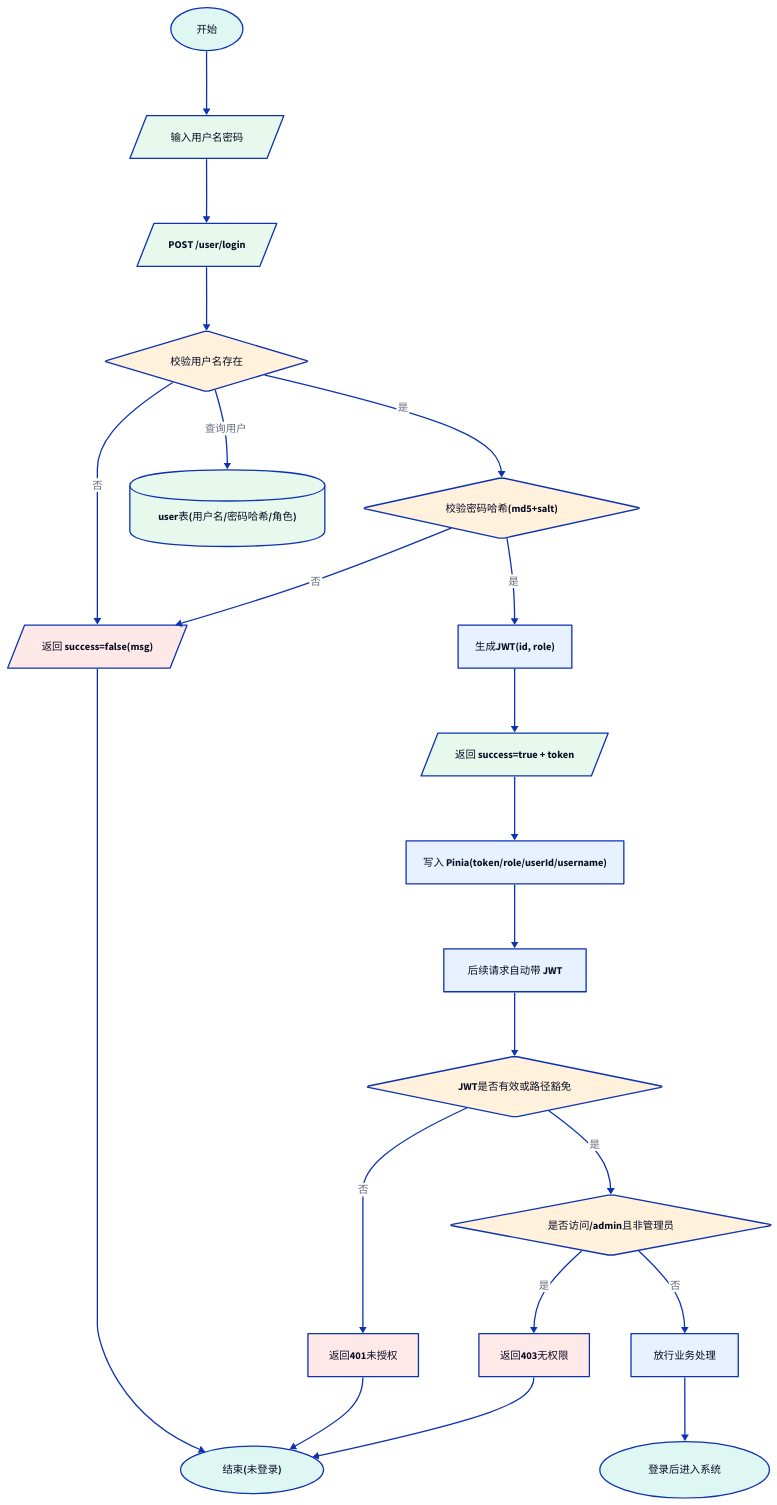
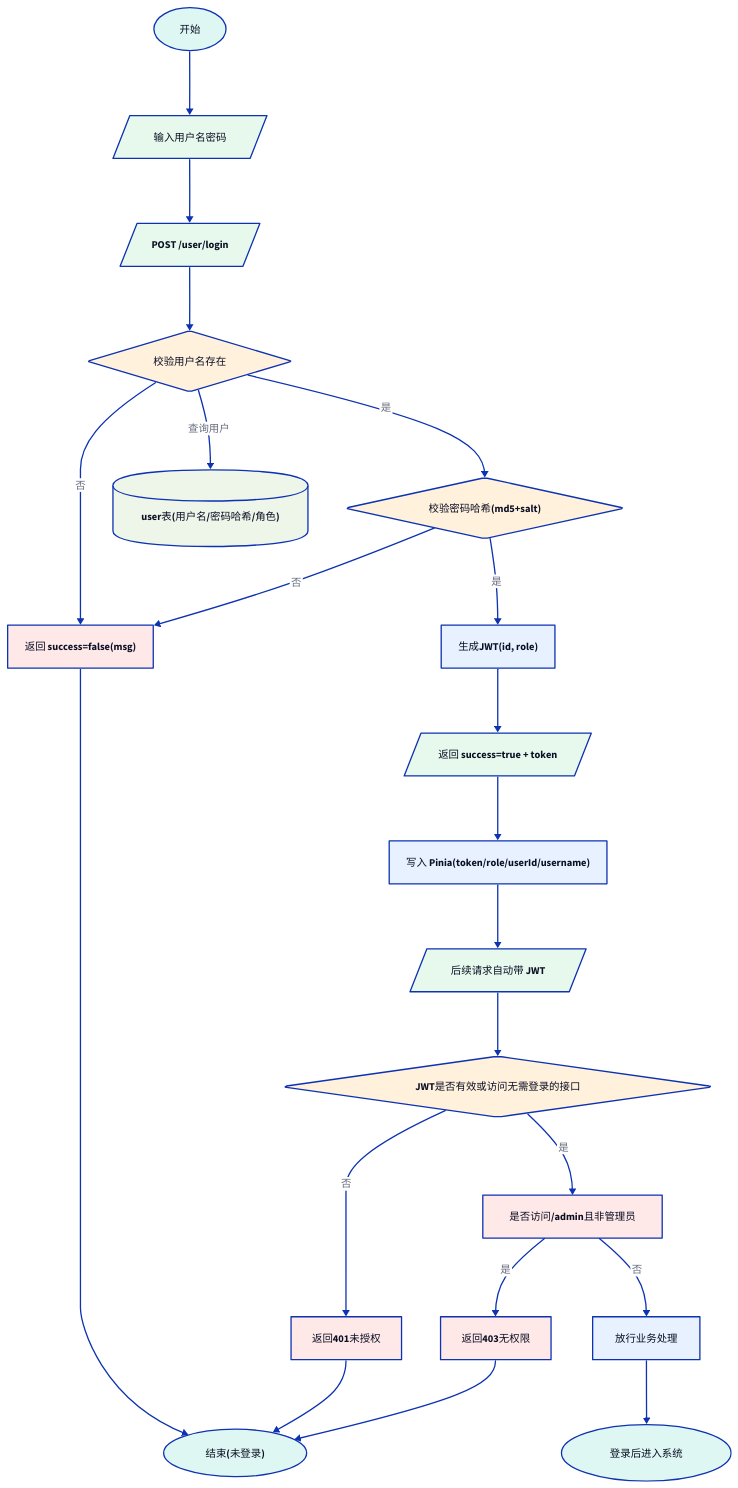
One commit to zhanglp0129/lpoj-draw changed the diagram in 01-user-auth-login.d2. Above: the diagram before and after it, drawn with D2.

Commit message:
优化登录流程图

```diff
--- a/01-user-auth-login.d2
+++ b/01-user-auth-login.d2
@@ -1,95 +1,102 @@
 direction: down
 
+start: 开始
+start.shape: oval
+start.style.fill: "#dff7f3"
 
-  start: 开始
-  start.shape: oval
-  start.style.fill: "#dff7f3"
+input_cred: 输入用户名密码
+input_cred.shape: parallelogram
+input_cred.style.fill: "#e7f8ec"
 
-  input_cred: 输入用户名密码
-  input_cred.shape: parallelogram
-  input_cred.style.fill: "#e7f8ec"
+call_login: POST /user/login
+call_login.shape: parallelogram
+call_login.style.fill: "#e7f8ec"
 
-  call_login: POST /user/login
-  call_login.shape: parallelogram
-  call_login.style.fill: "#e7f8ec"
+save_state: 写入 Pinia(token/role/userId/username)
+save_state.style.fill: "#e8f1ff"
 
-  save_state: 写入 Pinia(token/role/userId/username)
-  save_state.style.fill: "#e8f1ff"
+next_req: 后续请求自动带 JWT
+next_req.style.fill: "#e8f1ff"
 
-  next_req: 后续请求自动带 JWT
-  next_req.style.fill: "#e8f1ff"
+end_ok: 登录后进入系统
+end_ok.shape: oval
+end_ok.style.fill: "#dff7f3"
 
-  end_ok: 登录后进入系统
-  end_ok.shape: oval
-  end_ok.style.fill: "#dff7f3"
+end_fail: 结束(未登录)
+end_fail.shape: oval
+end_fail.style.fill: "#dff7f3"
 
-  end_fail: 结束(未登录)
-  end_fail.shape: oval
-  end_fail.style.fill: "#dff7f3"
+check_user: 校验用户名存在
+check_user.shape: diamond
+check_user.style.fill: "#fff1dc"
 
+verify_pwd: 校验密码哈希(md5+salt)
+verify_pwd.shape: diamond
+verify_pwd.style.fill: "#fff1dc"
 
-  check_user: 校验用户名存在
-  check_user.shape: diamond
-  check_user.style.fill: "#fff1dc"
+gen_jwt: 生成JWT(id, role)
+gen_jwt.style.fill: "#e8f1ff"
 
-  verify_pwd: 校验密码哈希(md5+salt)
-  verify_pwd.shape: diamond
-  verify_pwd.style.fill: "#fff1dc"
+login_resp_ok: 返回 success=true + token
+login_resp_ok.shape: parallelogram
+login_resp_ok.style.fill: "#e7f8ec"
 
-  gen_jwt: 生成JWT(id, role)
-  gen_jwt.style.fill: "#e8f1ff"
+login_resp_fail: 返回 success=false(msg)
+login_resp_fail.shape: parallelogram
+login_resp_fail.style.fill: "#ffe8e8"
 
-  login_resp_ok: 返回 success=true + token
-  login_resp_ok.shape: parallelogram
-  login_resp_ok.style.fill: "#e7f8ec"
+auth_ok: JWT是否有效或访问无需登录的接口
+auth_ok.shape: diamond
+auth_ok.style.fill: "#fff1dc"
 
-  login_resp_fail: 返回 success=false(msg)
-  login_resp_fail.shape: parallelogram
-  login_resp_fail.style.fill: "#ffe8e8"
+admin_forbidden: 是否访问/admin且非管理员
+admin_forbidden.shape: diamond
+admin_forbidden.style.fill: "#fff1dc"
 
-  auth_ok: JWT是否有效或路径豁免
-  auth_ok.shape: diamond
-  auth_ok.style.fill: "#fff1dc"
+allow_handler: 放行业务处理
+allow_handler.style.fill: "#e8f1ff"
 
-  admin_forbidden: 是否访问/admin且非管理员
-  admin_forbidden.shape: diamond
-  admin_forbidden.style.fill: "#fff1dc"
+reject_401: 返回401未授权
+reject_401.style.fill: "#ffe8e8"
 
-  allow_handler: 放行业务处理
-  allow_handler.style.fill: "#e8f1ff"
+reject_403: 返回403无权限
+reject_403.style.fill: "#ffe8e8"
 
-  reject_401: 返回401未授权
-  reject_401.style.fill: "#ffe8e8"
-
-  reject_403: 返回403无权限
-  reject_403.style.fill: "#ffe8e8"
-
-
-
-  user_table: user表(用户名/密码哈希/角色)
-  user_table.shape: cylinder
-  user_table.style.fill: "#e7f8ec"
-
+user_table: user表(用户名/密码哈希/角色)
+user_table.shape: cylinder
+user_table.style.fill: "#e7f8ec"
 
 start -> input_cred -> call_login
 call_login -> check_user
 check_user -> user_table: 查询用户
 check_user -> login_resp_fail: 否
 check_user -> verify_pwd: 是
 verify_pwd -> login_resp_fail: 否
 verify_pwd -> gen_jwt: 是
 gen_jwt -> login_resp_ok
 
 login_resp_ok -> save_state -> next_req
 login_resp_fail -> end_fail
 
 next_req -> auth_ok
 auth_ok -> reject_401: 否
 auth_ok -> admin_forbidden: 是
 
 admin_forbidden -> reject_403: 是
 admin_forbidden -> allow_handler: 否
 
 allow_handler -> end_ok
 reject_401 -> end_fail
 reject_403 -> end_fail
+
+admin_forbidden.shape: rectangle
+admin_forbidden.style.fill: "#ffe8e8"
+allow_handler.shape: rectangle
+gen_jwt.shape: rectangle
+login_resp_fail.shape: rectangle
+next_req.shape: parallelogram
+next_req.style.fill: "#e7f8ec"
+reject_401.shape: rectangle
+reject_403.shape: rectangle
+save_state.shape: rectangle
+user_table.style.fill: "#eef5e9"
```
